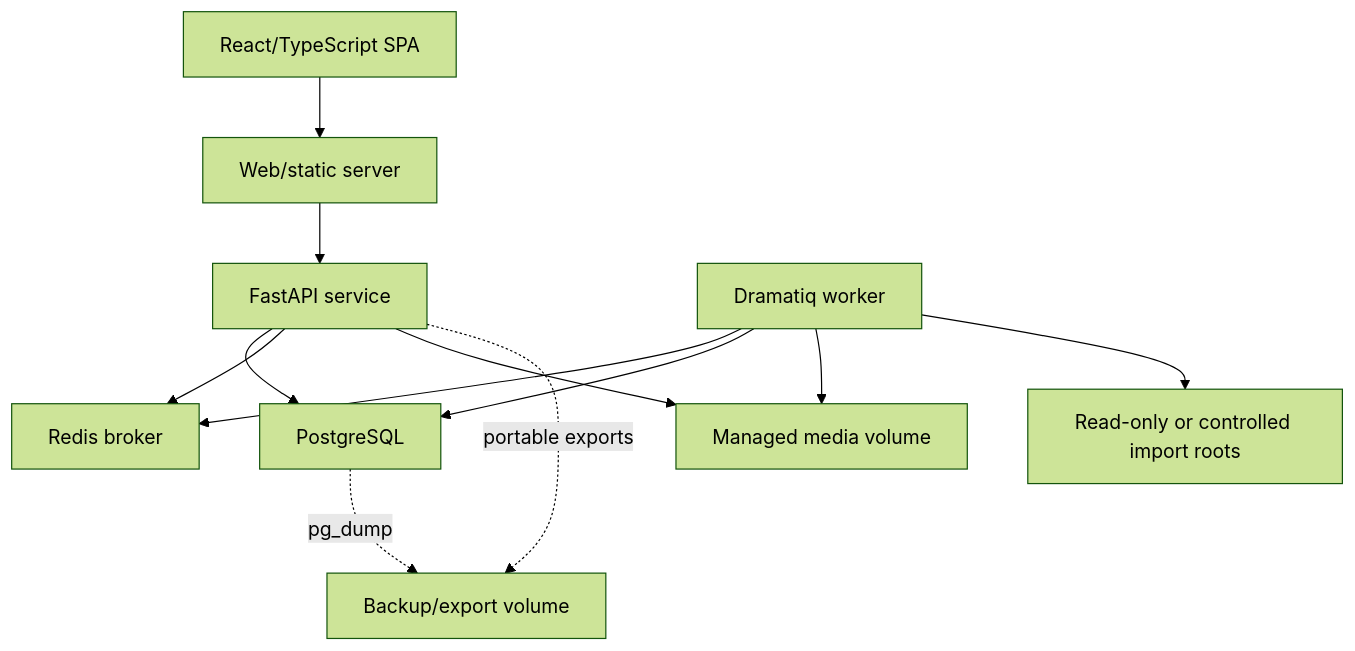
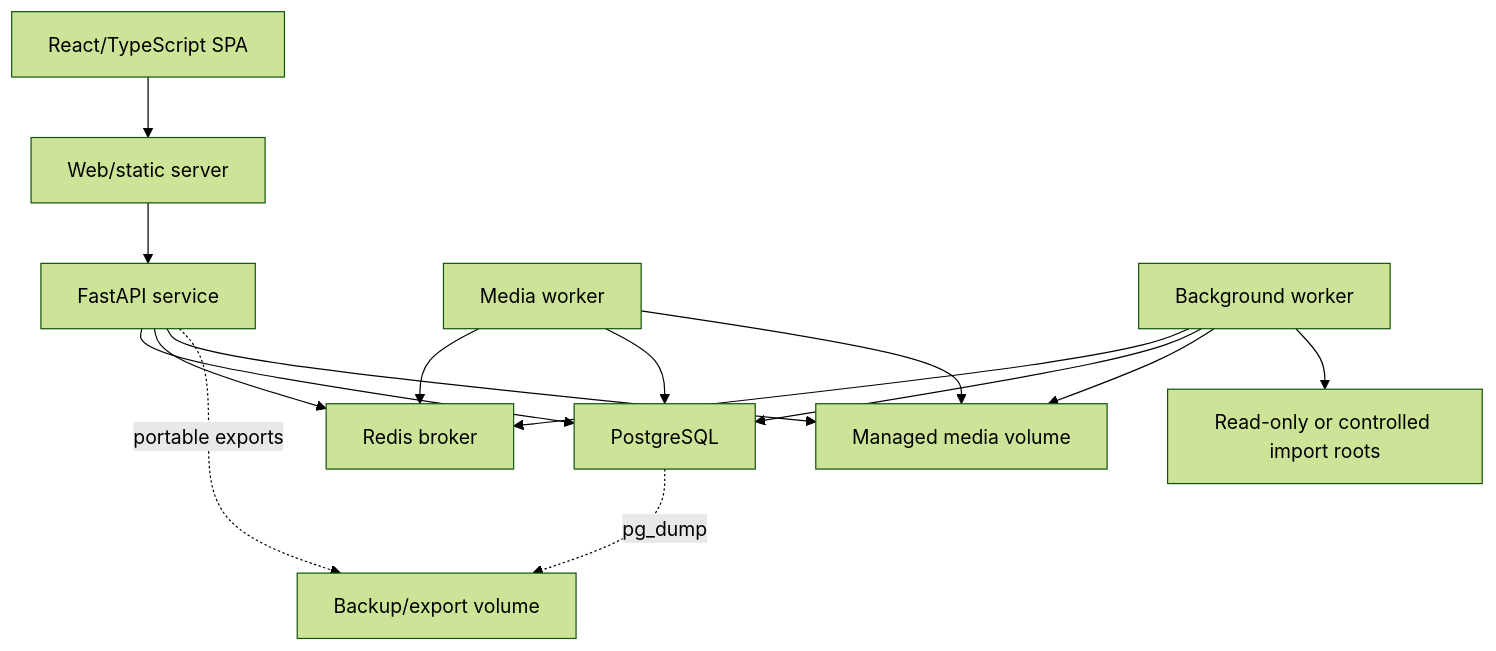
Before and after one commit to blkot/ProjectComfyGallery: the second of 3 diagrams in doc/architecture/system-overview.md, drawn with Mermaid (forest theme). The commit also changed other lines of this file and 29 other files, not shown here.

````diff
--- a/doc/architecture/system-overview.md
+++ b/doc/architecture/system-overview.md
@@ -35,24 +35,28 @@
 ```mermaid
 flowchart TB
     Browser["React/TypeScript SPA"]
     Web["Web/static server"]
     API["FastAPI service"]
-    Worker["Dramatiq worker"]
+    MediaWorker["Media worker"]
+    BackgroundWorker["Background worker"]
     Redis["Redis broker"]
     DB["PostgreSQL"]
     Managed["Managed media volume"]
     Sources["Read-only or controlled import roots"]
     Backups["Backup/export volume"]
 
     Browser --> Web
     Web --> API
     API --> DB
     API --> Redis
-    Worker --> Redis
-    Worker --> DB
-    Worker --> Managed
-    Worker --> Sources
+    MediaWorker --> Redis
+    MediaWorker --> DB
+    MediaWorker --> Managed
+    BackgroundWorker --> Redis
+    BackgroundWorker --> DB
+    BackgroundWorker --> Managed
+    BackgroundWorker --> Sources
     API --> Managed
     DB -. "pg_dump" .-> Backups
     API -. "portable exports" .-> Backups
 ```
````
